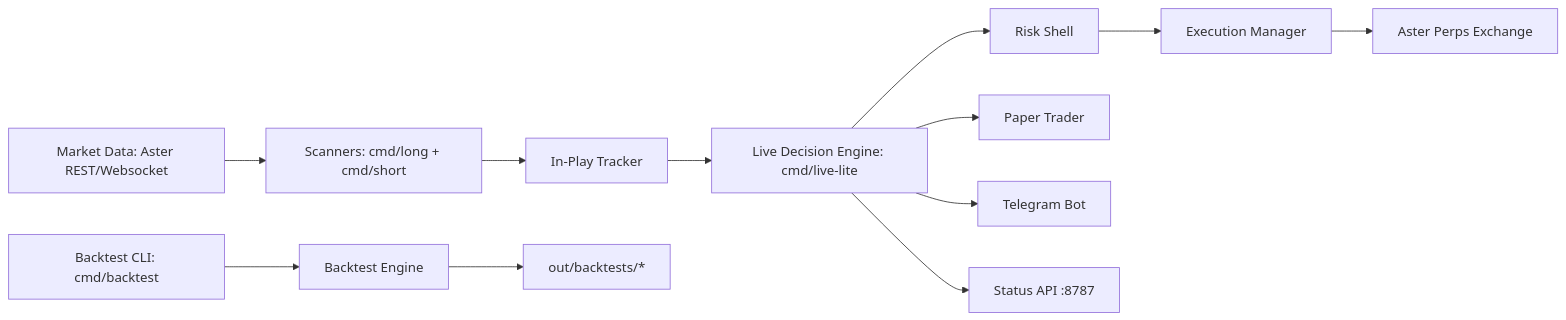
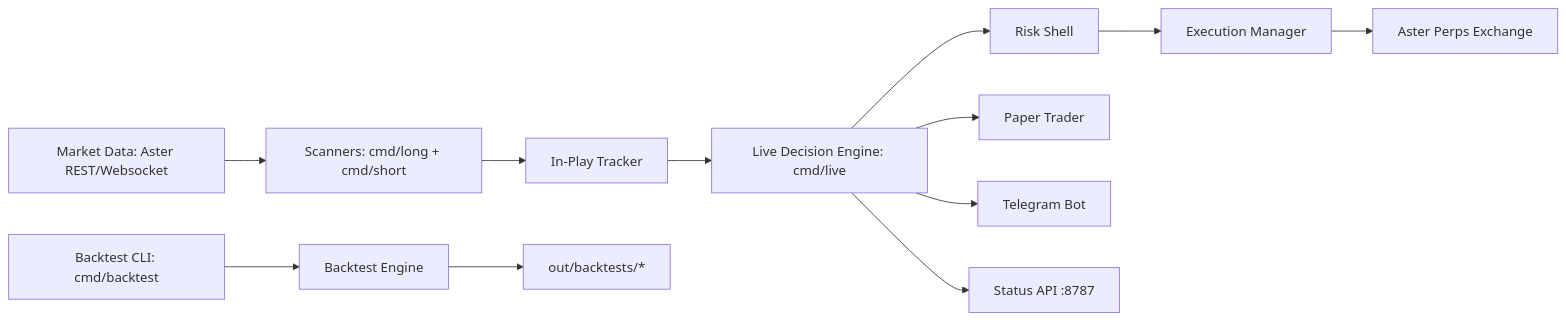
One commit to SpaceCadetOG/ASTER changed the diagram in docs/gitbook/architecture/overview.md. Above: the diagram before and after it, drawn with Mermaid. The commit also changed other lines of this file and 53 other files, not shown here.

Commit message:
Rename live-lite to live and add balance maintenance

````diff
--- a/docs/gitbook/architecture/overview.md
+++ b/docs/gitbook/architecture/overview.md
@@ -5,14 +5,14 @@
 ```mermaid
 flowchart LR
   A[Market Data: Aster REST/Websocket] --> B[Scanners: cmd/long + cmd/short]
   B --> C[In-Play Tracker]
-  C --> D[Live Decision Engine: cmd/live-lite]
+  C --> D[Live Decision Engine: cmd/live]
   D --> E[Risk Shell]
   E --> F[Execution Manager]
   F --> G[Aster Perps Exchange]
   D --> H[Paper Trader]
   D --> I[Telegram Bot]
   D --> J[Status API :8787]
   K[Backtest CLI: cmd/backtest] --> L[Backtest Engine]
   L --> M[out/backtests/*]
 ```
````
